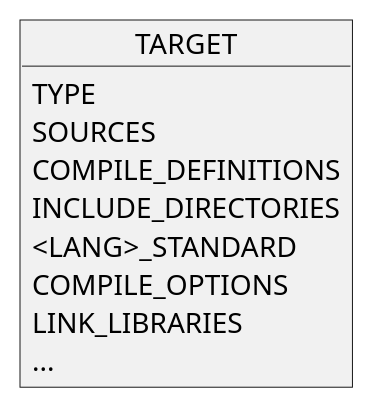
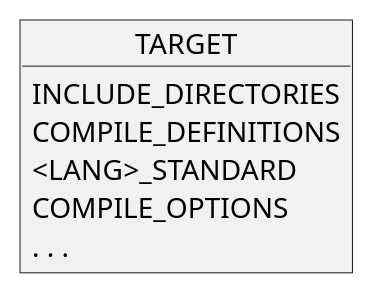
The first of 2 diagrams in slides/episodes/targets.md (mredenti/ModernCMake), drawn with PlantUML before and after one commit. The commit also changed other lines of this file and 1 other file, not shown here.

````diff
--- a/slides/episodes/targets.md
+++ b/slides/episodes/targets.md
@@ -54,12 +184,9 @@
 ```plantuml
 object TARGET{
-    TYPE
-    SOURCES
+    INCLUDE_DIRECTORIES
     COMPILE_DEFINITIONS
-    INCLUDE_DIRECTORIES
     <LANG>_STANDARD
     COMPILE_OPTIONS
-    LINK_LIBRARIES
-    ...
+    . . .
 }
 ```
````
